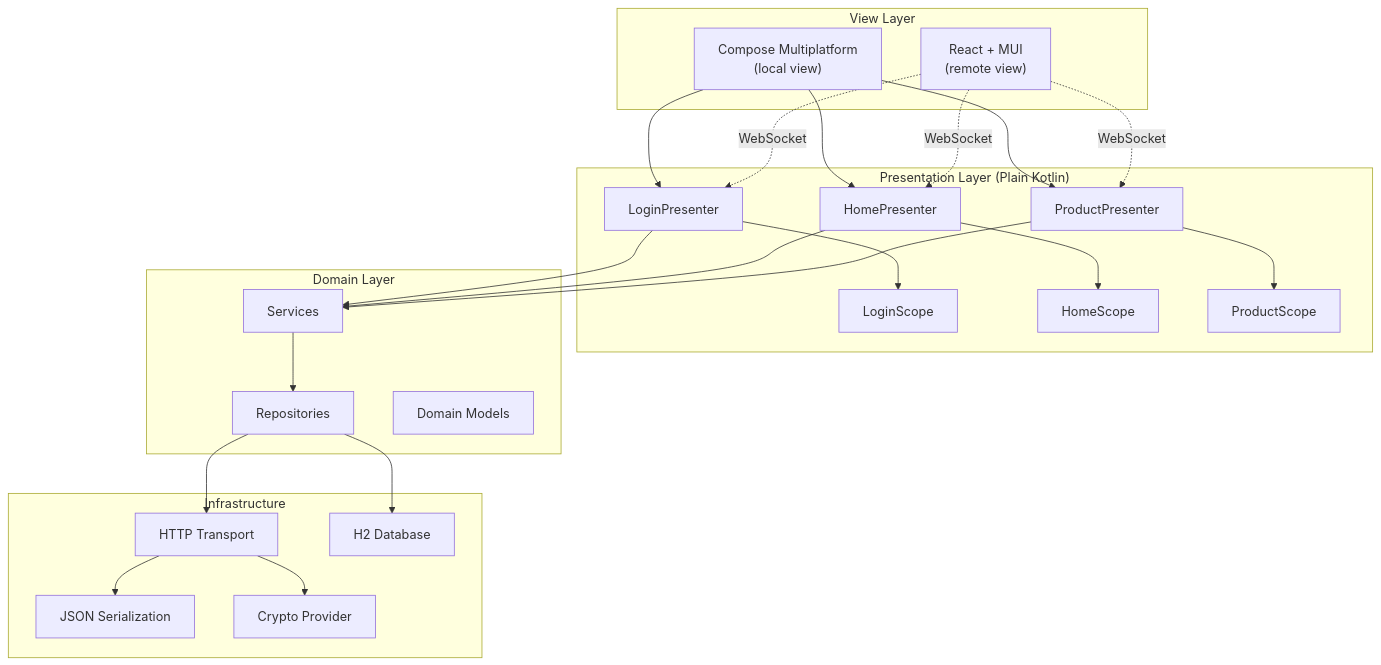
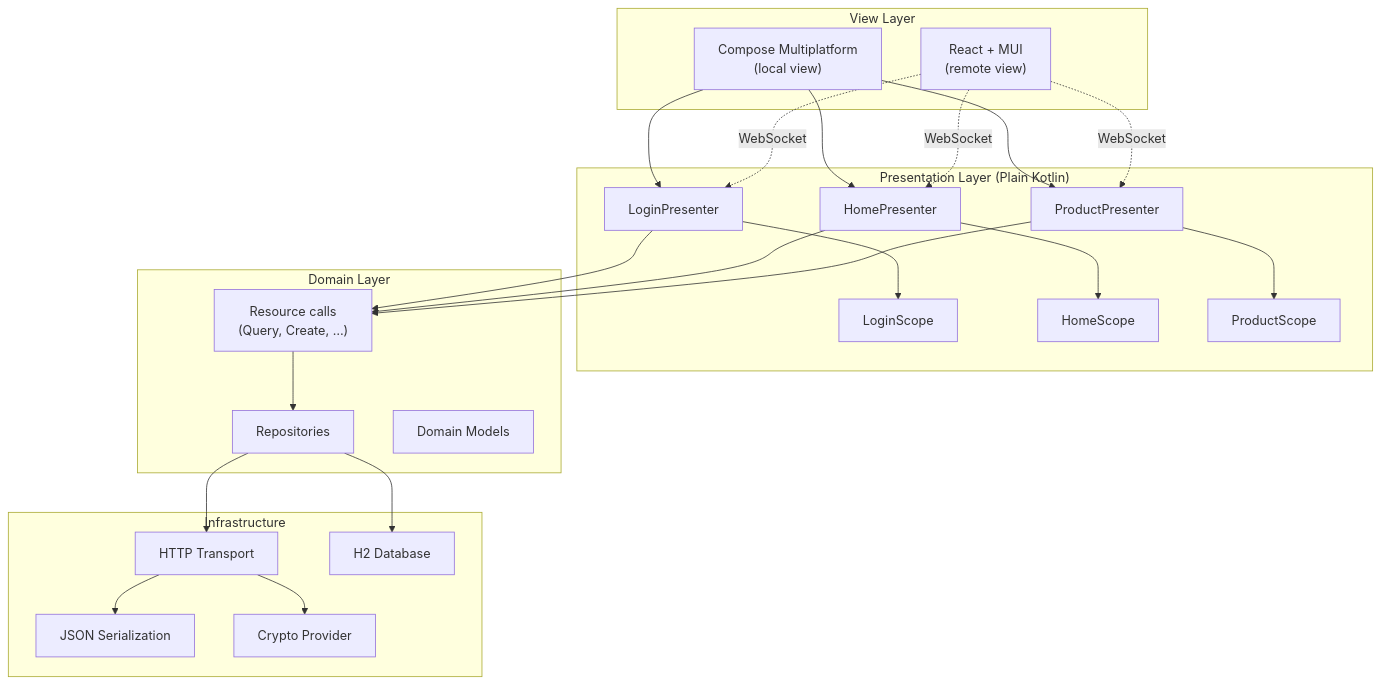
The first of 10 diagrams in docs/architecture.md (mrcdom/wdc-cube-kotlin), drawn with Mermaid before and after one commit. The commit also changed other lines of this file and 7 other files, not shown here.

First line of the commit message:
docs: resource calls, the item price read in the INSERT, seed ids from 1, the browser scope

````diff
--- a/docs/architecture.md
+++ b/docs/architecture.md
@@ -53,47 +53,47 @@
 ```mermaid
 graph TB
     subgraph "View Layer"
         CV["Compose Multiplatform<br/>(local view)"]
         RV["React + MUI<br/>(remote view)"]
     end
 
     subgraph "Presentation Layer (Plain Kotlin)"
         LP[LoginPresenter]
         HP[HomePresenter]
         PP[ProductPresenter]
         LS[LoginScope]
         HS[HomeScope]
         PS[ProductScope]
     end
 
     subgraph "Domain Layer"
-        SVC[Services]
+        SVC["Resource calls<br/>(Query, Create, …)"]
         REPO[Repositories]
         MODEL[Domain Models]
     end
 
     subgraph "Infrastructure"
         HTTP[HTTP Transport]
         JSON[JSON Serialization]
         CRYPTO[Crypto Provider]
         DB[H2 Database]
     end
 
     CV --> LP
     CV --> HP
     CV --> PP
     RV -.->|WebSocket| LP
     RV -.->|WebSocket| HP
     RV -.->|WebSocket| PP
     LP --> LS
     HP --> HS
     PP --> PS
     LP --> SVC
     HP --> SVC
     PP --> SVC
     SVC --> REPO
     REPO --> HTTP
     HTTP --> JSON
     HTTP --> CRYPTO
     REPO --> DB
 ```
````
